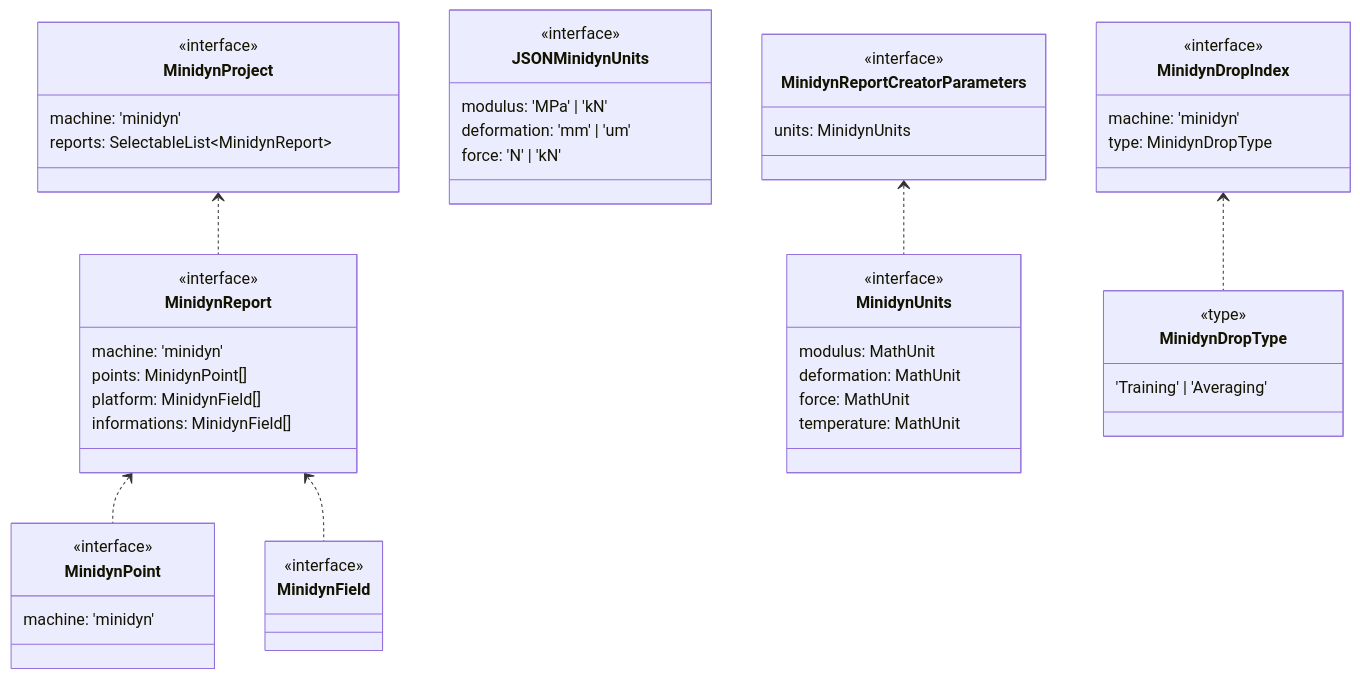
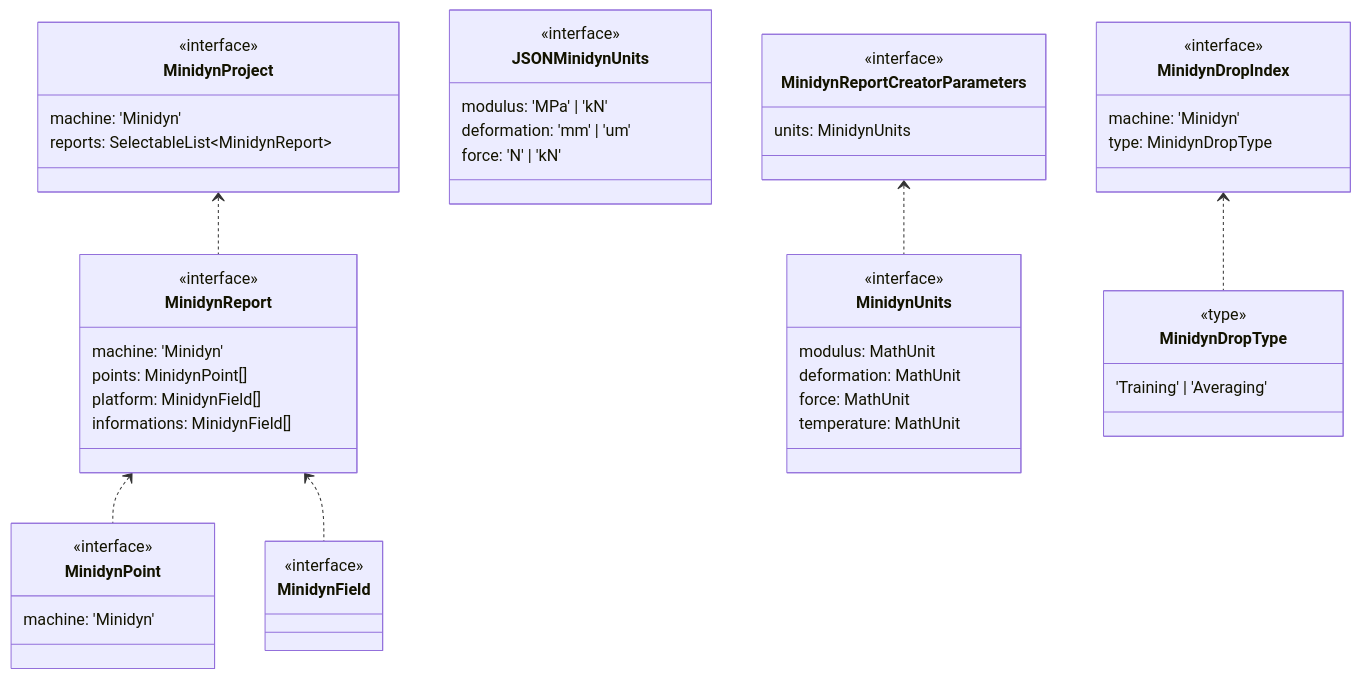
The diagram in docs/mermaid/onlyMinidyn/types.mmd (gawlk/mapview), drawn with Mermaid before and after one commit. The commit also changed 131 other files, not shown here.

```diff
--- a/docs/mermaid/onlyMinidyn/types.mmd
+++ b/docs/mermaid/onlyMinidyn/types.mmd
@@ -1,73 +1,73 @@
 classDiagram
 class MinidynField {
   <<interface>>
 
 }
 
 
 
 class MinidynPoint {
   <<interface>>
-  machine: 'minidyn'
+  machine: 'Minidyn'
 }
 
 
 
 class MinidynProject {
   <<interface>>
-  machine: 'minidyn'
+  machine: 'Minidyn'
   reports: SelectableList#60;MinidynReport#62;
 }
 MinidynProject <.. MinidynReport
 
 
 class MinidynUnits {
   <<interface>>
   modulus: MathUnit
   deformation: MathUnit
   force: MathUnit
   temperature: MathUnit
 }
 
 
 
 class JSONMinidynUnits {
   <<interface>>
   modulus: 'MPa' | 'kN'
   deformation: 'mm' | 'um'
   force: 'N' | 'kN'
 }
 
 
 
 class MinidynReport {
   <<interface>>
-  machine: 'minidyn'
+  machine: 'Minidyn'
   points: MinidynPoint[]
   platform: MinidynField[]
   informations: MinidynField[]
 }
 MinidynReport <.. MinidynPoint
 MinidynReport <.. MinidynField
 
 
 class MinidynReportCreatorParameters {
   <<interface>>
   units: MinidynUnits
 }
 MinidynReportCreatorParameters <.. MinidynUnits
 
 
 class MinidynDropType {
   <<type>>
   'Training' | 'Averaging'
 }
 
 
 
 class MinidynDropIndex {
   <<interface>>
-  machine: 'minidyn'
+  machine: 'Minidyn'
   type: MinidynDropType
 }
 MinidynDropIndex <.. MinidynDropType
```
